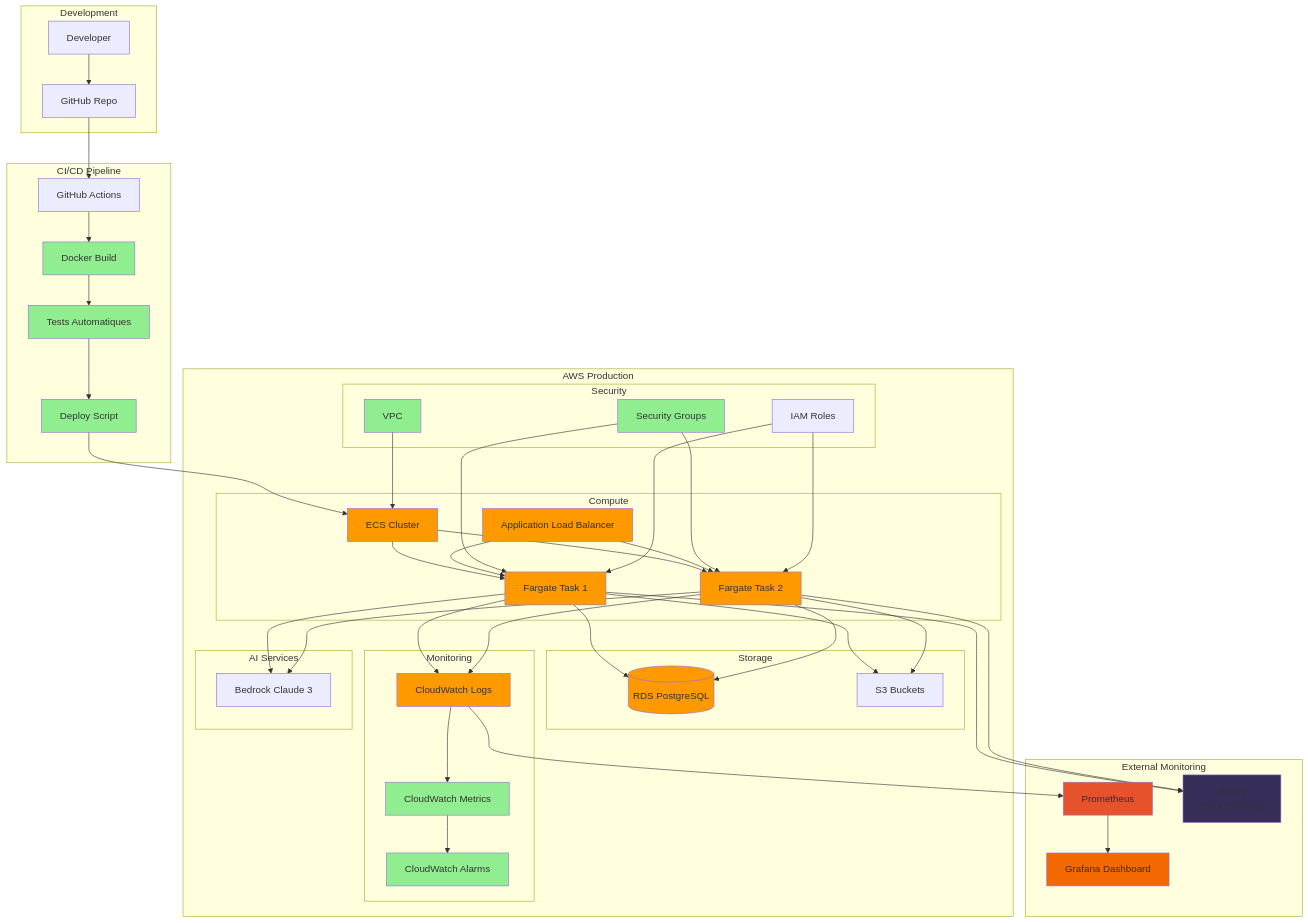
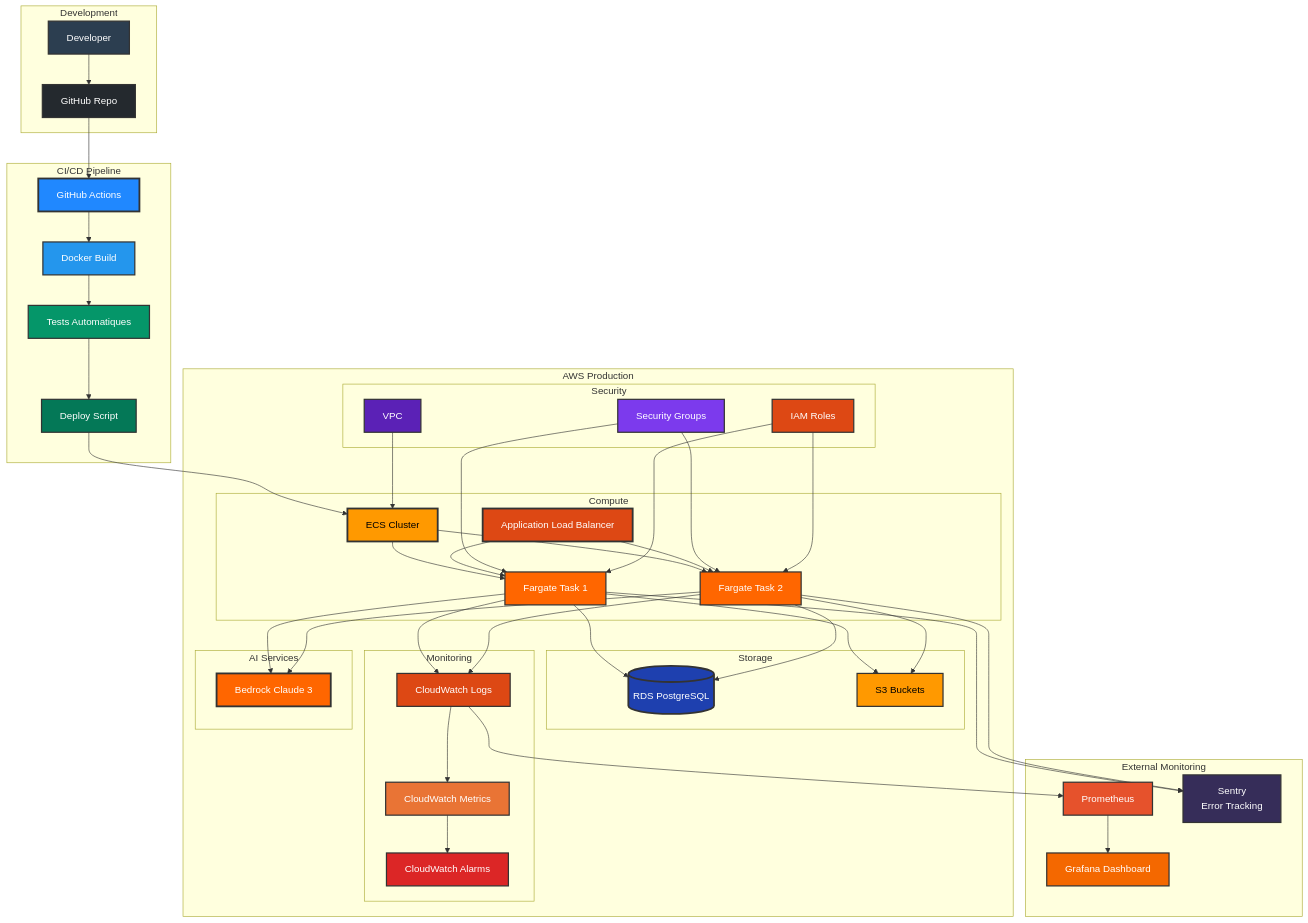
Diagram 11 of 15 in documentation/00-ARCHITECTURE.md (inskillflow/awsbedrock-demo-1-inmemory), drawn with Mermaid before and after one commit.

Commit message:
fix: correction des couleurs vertes claires dans diagramme production
- Ajout de styles explicites pour Dev, Git, Build, Tests, Deploy

- Remplacement de classDef par styles individuels

- Couleurs foncées avec texte blanc pour meilleure lisibilité

- Build (bleu Docker), Tests (vert foncé), Deploy (vert très foncé)

````diff
--- a/documentation/00-ARCHITECTURE.md
+++ b/documentation/00-ARCHITECTURE.md
@@ -640,16 +640,26 @@
     IAM --> Fargate1
     IAM --> Fargate2
     
-    style ECS fill:#ff9900
-    style Fargate1 fill:#ff9900
-    style Fargate2 fill:#ff9900
-    style RDS fill:#ff9900
-    style CloudWatch fill:#ff9900
-    style ALB fill:#ff9900
-    style Grafana fill:#F46800
-    style Prometheus fill:#E6522C
-    style Sentry fill:#362D59
-    
-    classDef new fill:#90EE90
-    class Build,Tests,Deploy,ECS,Fargate1,Fargate2,CloudWatch,Metrics,Alarms,Grafana,Prometheus,Sentry,ALB,VPC,SecGroups new
+    style Dev fill:#2C3E50,stroke:#333,stroke-width:2px,color:#fff
+    style Git fill:#24292E,stroke:#333,stroke-width:2px,color:#fff
+    style Actions fill:#2088FF,stroke:#333,stroke-width:3px,color:#fff
+    style Build fill:#2496ED,stroke:#333,stroke-width:2px,color:#fff
+    style Tests fill:#059669,stroke:#333,stroke-width:2px,color:#fff
+    style Deploy fill:#047857,stroke:#333,stroke-width:2px,color:#fff
+    style ECS fill:#FF9900,stroke:#333,stroke-width:3px,color:#000
+    style Fargate1 fill:#FF6600,stroke:#333,stroke-width:2px,color:#fff
+    style Fargate2 fill:#FF6600,stroke:#333,stroke-width:2px,color:#fff
+    style ALB fill:#DD4814,stroke:#333,stroke-width:3px,color:#fff
+    style RDS fill:#1E40AF,stroke:#333,stroke-width:3px,color:#fff
+    style S3 fill:#FF9900,stroke:#333,stroke-width:2px,color:#000
+    style CloudWatch fill:#DD4814,stroke:#333,stroke-width:2px,color:#fff
+    style Metrics fill:#E97435,stroke:#333,stroke-width:2px,color:#fff
+    style Alarms fill:#DC2626,stroke:#333,stroke-width:2px,color:#fff
+    style VPC fill:#5B21B6,stroke:#333,stroke-width:2px,color:#fff
+    style SecGroups fill:#7C3AED,stroke:#333,stroke-width:2px,color:#fff
+    style IAM fill:#DD4814,stroke:#333,stroke-width:2px,color:#fff
+    style Bedrock fill:#FF6600,stroke:#333,stroke-width:3px,color:#fff
+    style Grafana fill:#F46800,stroke:#333,stroke-width:2px,color:#fff
+    style Prometheus fill:#E6522C,stroke:#333,stroke-width:2px,color:#fff
+    style Sentry fill:#362D59,stroke:#333,stroke-width:2px,color:#fff
 ```
````
